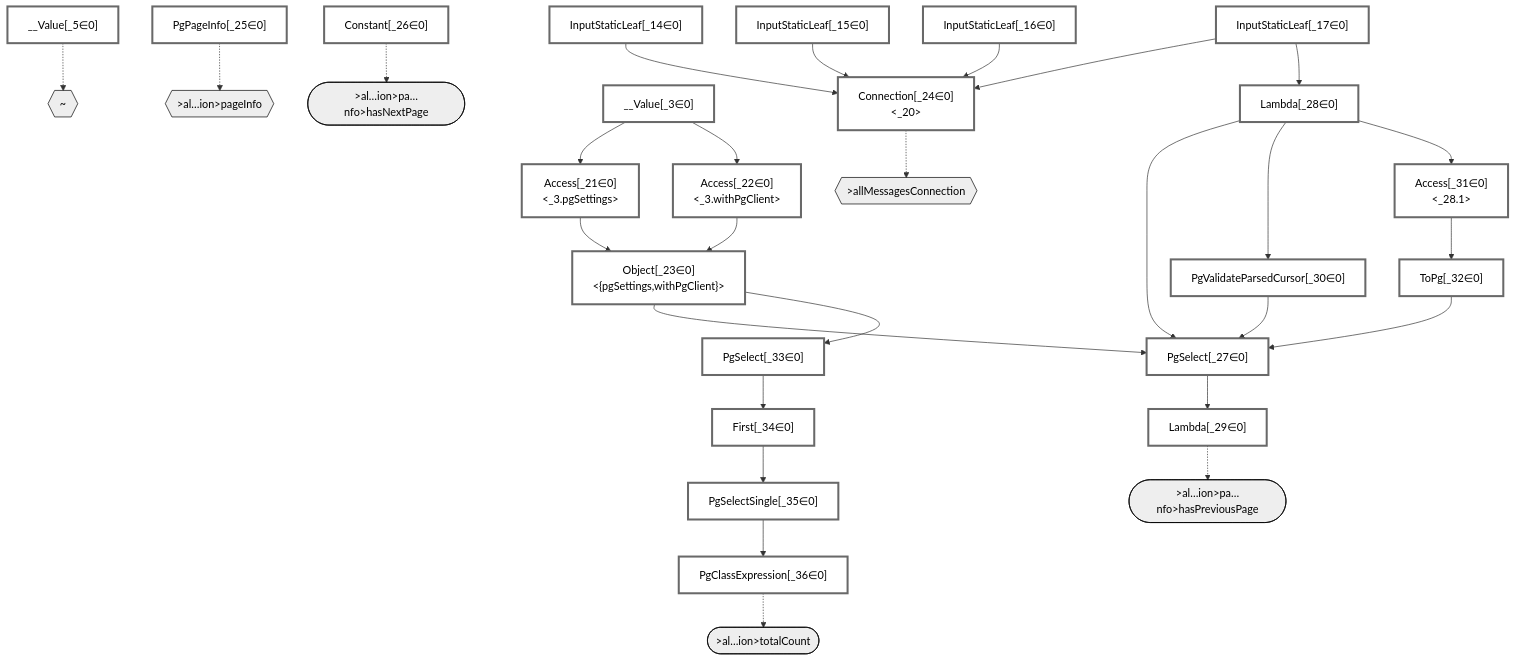
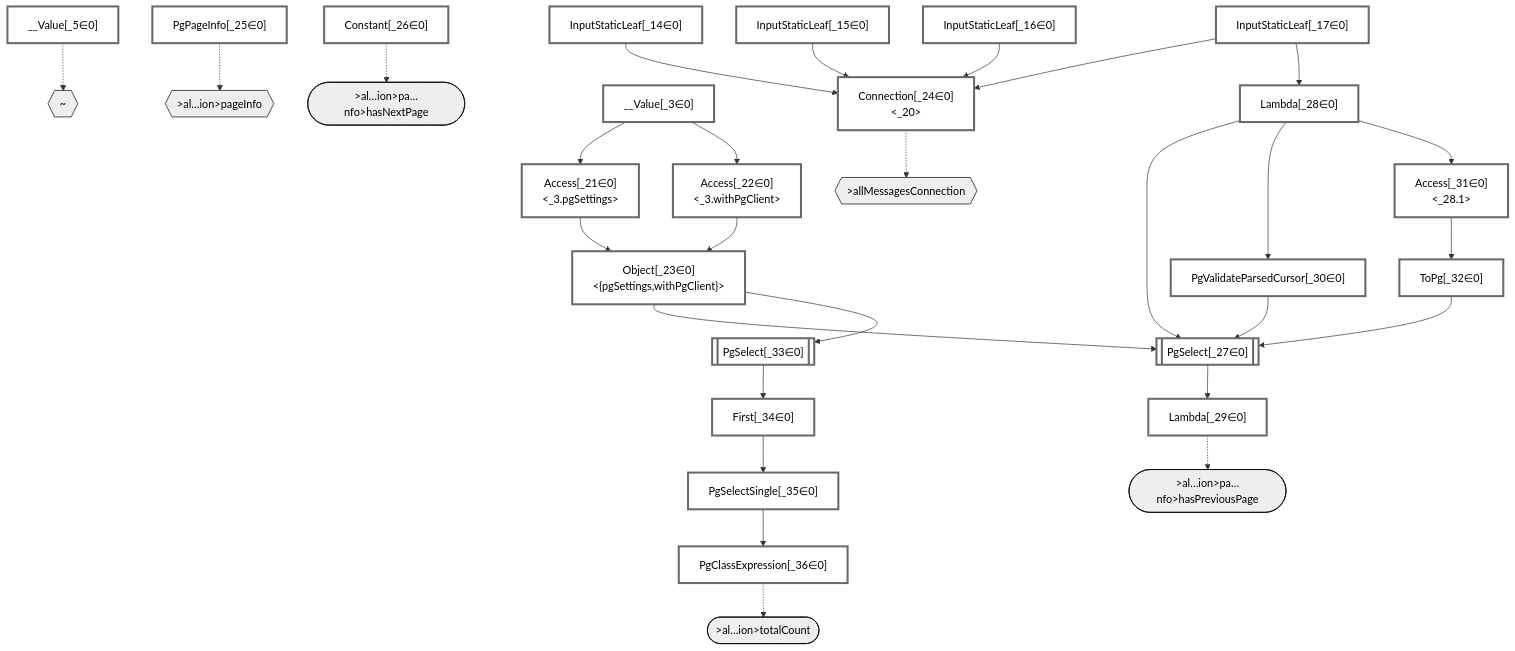
Before and after one commit to graphile/crystal: the diagram in packages/dataplan-pg/__tests__/queries/connections/pagination-before-last-pagination-only.mermaid.md, drawn with Mermaid. The commit also changed 195 other files, not shown here.

````diff
--- a/packages/dataplan-pg/__tests__/queries/connections/pagination-before-last-pagination-only.mermaid.md
+++ b/packages/dataplan-pg/__tests__/queries/connections/pagination-before-last-pagination-only.mermaid.md
@@ -1,80 +1,80 @@
 ```mermaid
 graph TD
     classDef path fill:#eee,stroke:#000,color:#000
     classDef plan fill:#fff,stroke-width:3px,color:#000
     classDef itemplan fill:#fff,stroke-width:6px,color:#000
     classDef sideeffectplan fill:#f00,stroke-width:6px,color:#000
 
     %% subgraph fields
     P1{{"~"}}:::path
     P2{{">allMessagesConnection"}}:::path
     P3{{">al…ion>pageInfo"}}:::path
     P4([">al…ion>pa…nfo>hasNextPage"]):::path
     %% P3 -.-> P4
     P5([">al…ion>pa…nfo>hasPreviousPage"]):::path
     %% P3 -.-> P5
     %% P2 -.-> P3
     P6([">al…ion>totalCount"]):::path
     %% P2 -.-> P6
     %% P1 -.-> P2
     %% end
 
     %% define plans
     __Value_3["__Value[_3∈0]<br /><context>"]:::plan
     __Value_5["__Value[_5∈0]<br /><rootValue>"]:::plan
     InputStaticLeaf_14["InputStaticLeaf[_14∈0]"]:::plan
     InputStaticLeaf_15["InputStaticLeaf[_15∈0]"]:::plan
     InputStaticLeaf_16["InputStaticLeaf[_16∈0]"]:::plan
     InputStaticLeaf_17["InputStaticLeaf[_17∈0]"]:::plan
     Access_21["Access[_21∈0]<br /><_3.pgSettings>"]:::plan
     Access_22["Access[_22∈0]<br /><_3.withPgClient>"]:::plan
     Object_23["Object[_23∈0]<br /><{pgSettings,withPgClient}>"]:::plan
     Connection_24["Connection[_24∈0]<br /><_20>"]:::plan
     PgPageInfo_25["PgPageInfo[_25∈0]"]:::plan
     Constant_26["Constant[_26∈0]"]:::plan
-    PgSelect_27["PgSelect[_27∈0]<br /><messages>"]:::plan
+    PgSelect_27[["PgSelect[_27∈0]<br /><messages>"]]:::plan
     Lambda_28["Lambda[_28∈0]<br /><parseCursor>"]:::plan
     Lambda_29["Lambda[_29∈0]<br /><listHasMore>"]:::plan
     PgValidateParsedCursor_30["PgValidateParsedCursor[_30∈0]"]:::plan
     Access_31["Access[_31∈0]<br /><_28.1>"]:::plan
     ToPg_32["ToPg[_32∈0]"]:::plan
-    PgSelect_33["PgSelect[_33∈0]<br /><messages>"]:::plan
+    PgSelect_33[["PgSelect[_33∈0]<br /><messages>"]]:::plan
     First_34["First[_34∈0]"]:::plan
     PgSelectSingle_35["PgSelectSingle[_35∈0]<br /><messages>"]:::plan
     PgClassExpression_36["PgClassExpression[_36∈0]<br /><count(*)>"]:::plan
 
     %% plan dependencies
     __Value_3 --> Access_21
     __Value_3 --> Access_22
     Access_21 --> Object_23
     Access_22 --> Object_23
     InputStaticLeaf_14 --> Connection_24
     InputStaticLeaf_15 --> Connection_24
     InputStaticLeaf_16 --> Connection_24
     InputStaticLeaf_17 --> Connection_24
     Object_23 --> PgSelect_27
     Lambda_28 --> PgSelect_27
     PgValidateParsedCursor_30 --> PgSelect_27
     ToPg_32 --> PgSelect_27
     InputStaticLeaf_17 --> Lambda_28
     PgSelect_27 --> Lambda_29
     Lambda_28 --> PgValidateParsedCursor_30
     Lambda_28 --> Access_31
     Access_31 --> ToPg_32
     Object_23 --> PgSelect_33
     PgSelect_33 --> First_34
     First_34 --> PgSelectSingle_35
     PgSelectSingle_35 --> PgClassExpression_36
 
     %% plan-to-path relationships
     __Value_5 -.-> P1
     Connection_24 -.-> P2
     PgPageInfo_25 -.-> P3
     Constant_26 -.-> P4
     Lambda_29 -.-> P5
     PgClassExpression_36 -.-> P6
 
     %% allocate buckets
     classDef bucket0 stroke:#696969
     class __Value_3,__Value_5,InputStaticLeaf_14,InputStaticLeaf_15,InputStaticLeaf_16,InputStaticLeaf_17,Access_21,Access_22,Object_23,Connection_24,PgPageInfo_25,Constant_26,PgSelect_27,Lambda_28,Lambda_29,PgValidateParsedCursor_30,Access_31,ToPg_32,PgSelect_33,First_34,PgSelectSingle_35,PgClassExpression_36 bucket0
 ```
````
